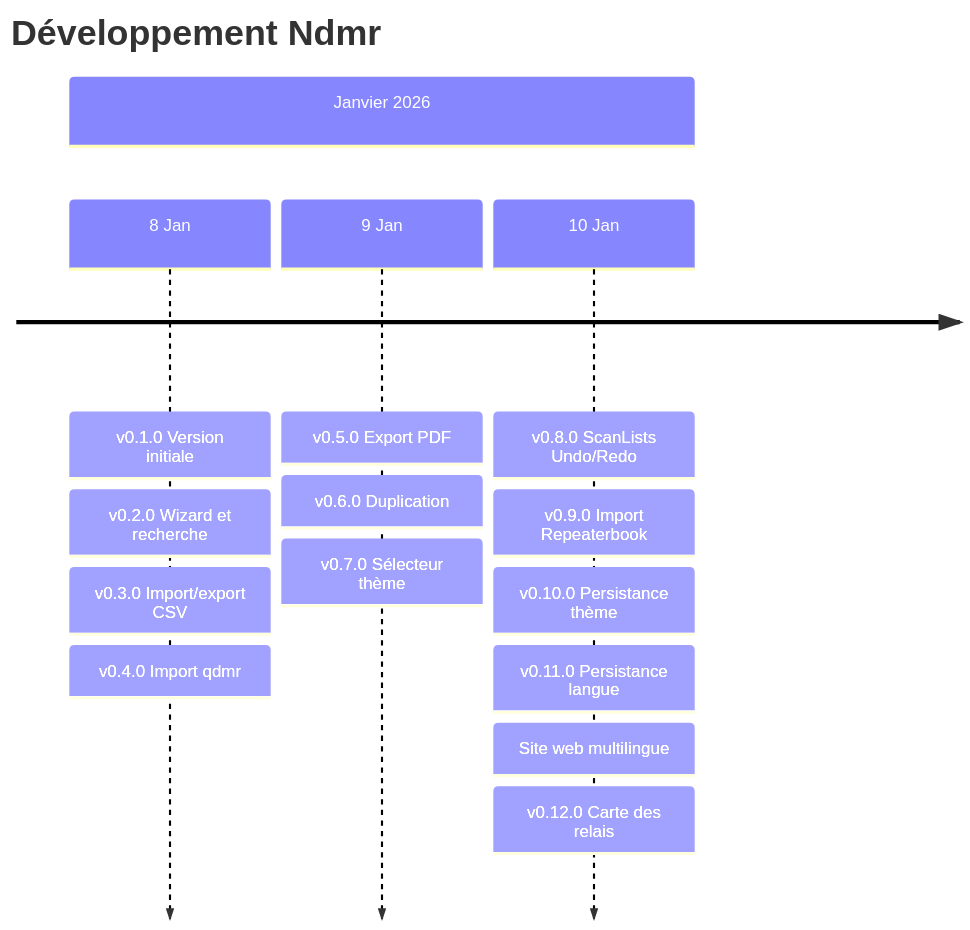
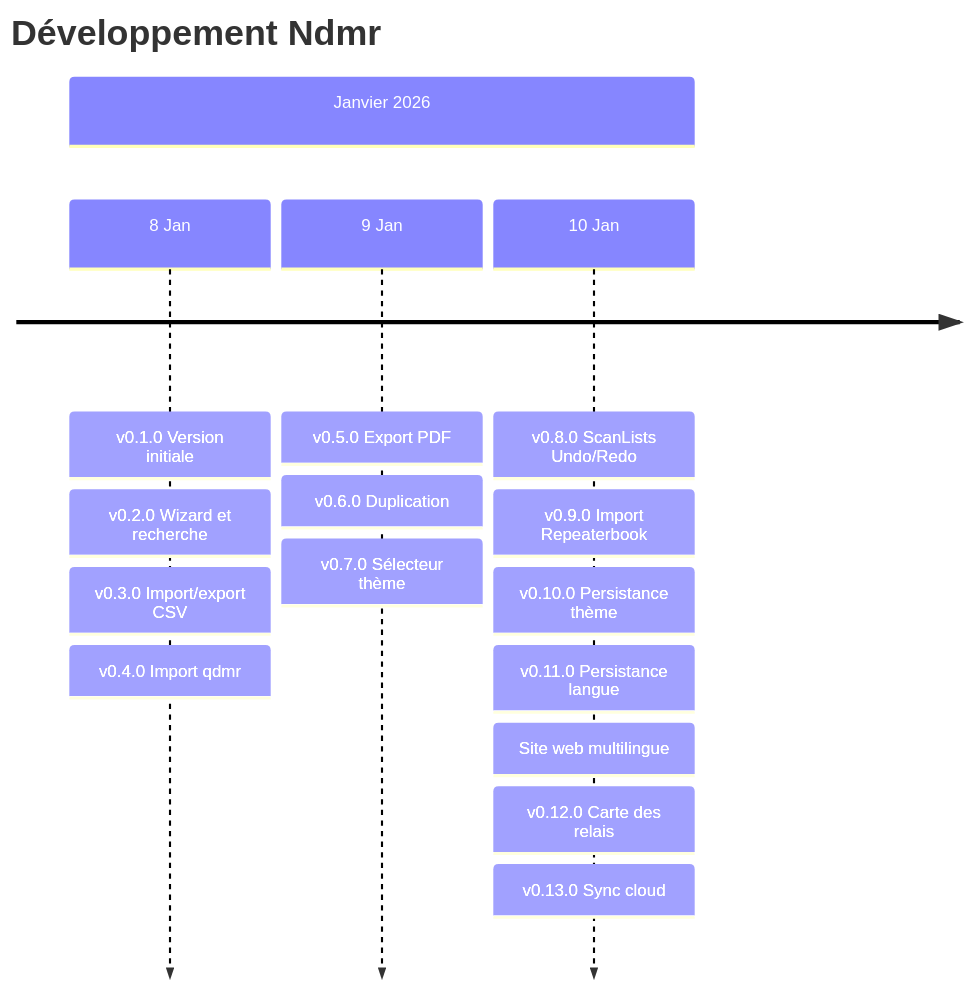
One commit to feraudet/ndmr changed the diagram in TIMELINE.md. Above: the diagram before and after it, drawn with Mermaid. The commit also changed other lines of this file and 1 other file, not shown here.

Commit message:
docs: add v0.13.0 cloud sync to roadmap and timeline

````diff
--- a/TIMELINE.md
+++ b/TIMELINE.md
@@ -223,18 +250,19 @@
 ```mermaid
 timeline
     title Développement Ndmr
     section Janvier 2026
         8 Jan : v0.1.0 Version initiale
               : v0.2.0 Wizard et recherche
               : v0.3.0 Import/export CSV
               : v0.4.0 Import qdmr
         9 Jan : v0.5.0 Export PDF
               : v0.6.0 Duplication
               : v0.7.0 Sélecteur thème
         10 Jan : v0.8.0 ScanLists Undo/Redo
                : v0.9.0 Import Repeaterbook
                : v0.10.0 Persistance thème
                : v0.11.0 Persistance langue
                : Site web multilingue
                : v0.12.0 Carte des relais
+               : v0.13.0 Sync cloud
 ```
````
